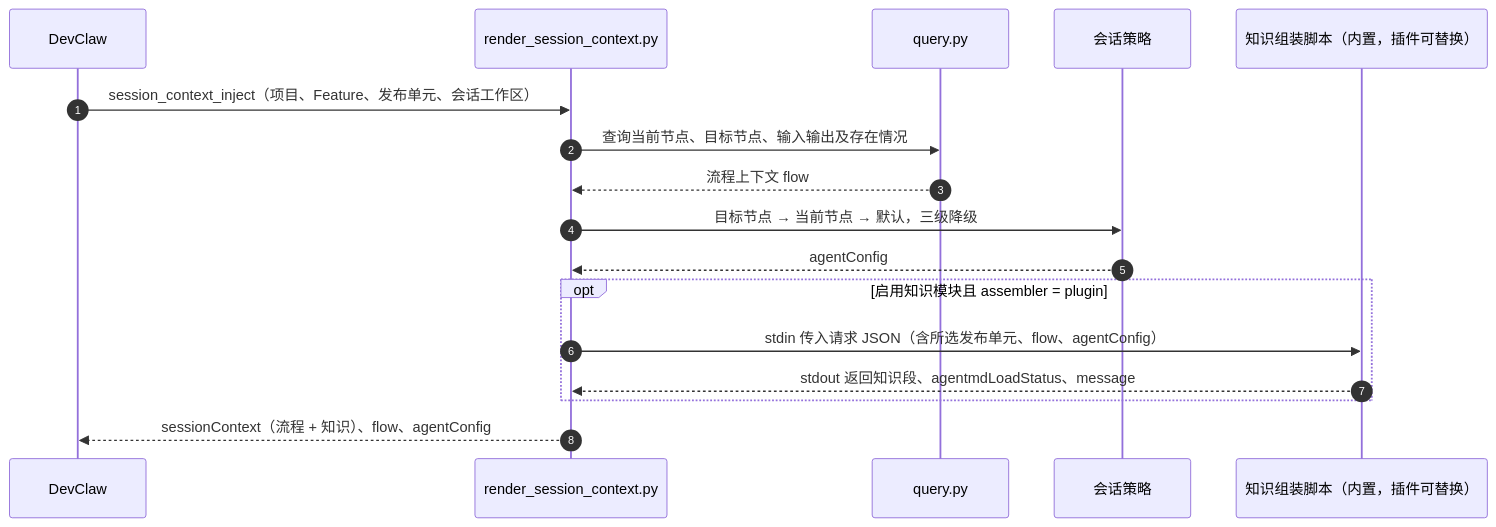
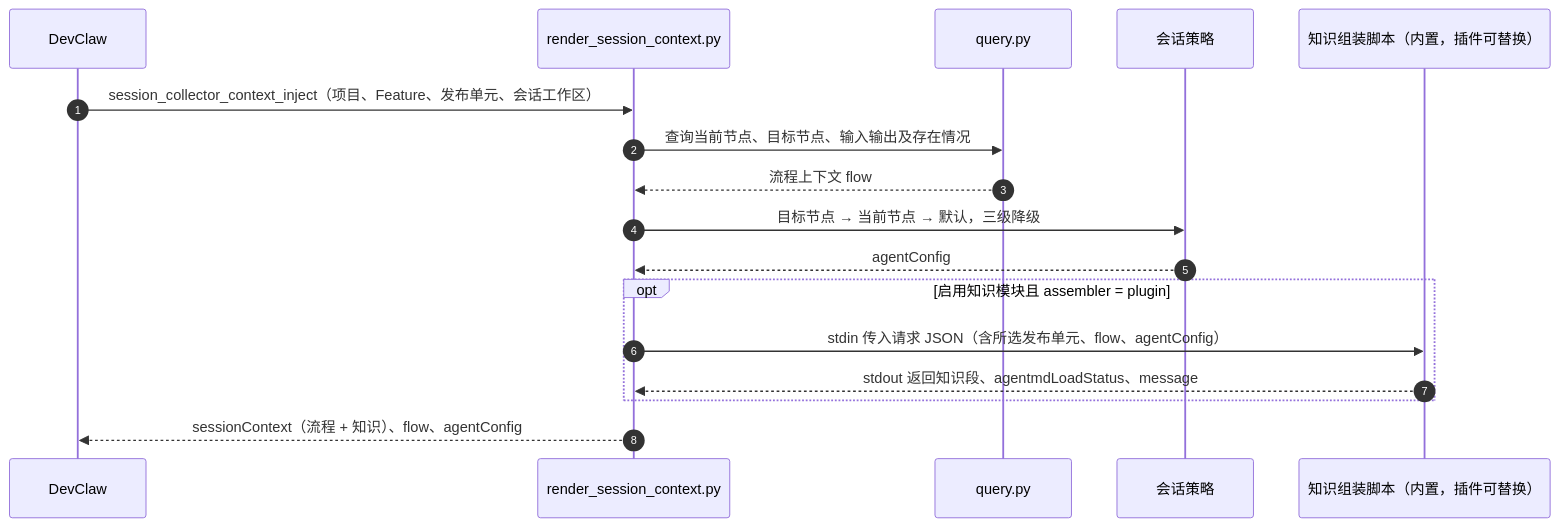
One commit to seikou00/autobizdevops_plugin_creator changed the eighth of 11 diagrams in docs/diagrams.md. Above: the diagram before and after it, drawn with Mermaid. The commit also changed other lines of this file and 58 other files, not shown here.

````diff
--- a/docs/diagrams.md
+++ b/docs/diagrams.md
@@ -277,20 +277,20 @@
 ```mermaid
 sequenceDiagram
   autonumber
   participant D as DevClaw
   participant R as render_session_context.py
   participant Q as query.py
   participant P as 会话策略
   participant K as 知识组装脚本（内置，插件可替换）
 
-  D->>R: session_context_inject（项目、Feature、发布单元、会话工作区）
+  D->>R: session_collector_context_inject（项目、Feature、发布单元、会话工作区）
   R->>Q: 查询当前节点、目标节点、输入输出及存在情况
   Q-->>R: 流程上下文 flow
   R->>P: 目标节点 → 当前节点 → 默认，三级降级
   P-->>R: agentConfig
   opt 启用知识模块且 assembler = plugin
     R->>K: stdin 传入请求 JSON（含所选发布单元、flow、agentConfig）
     K-->>R: stdout 返回知识段、agentmdLoadStatus、message
   end
   R-->>D: sessionContext（流程 + 知识）、flow、agentConfig
 ```
````
